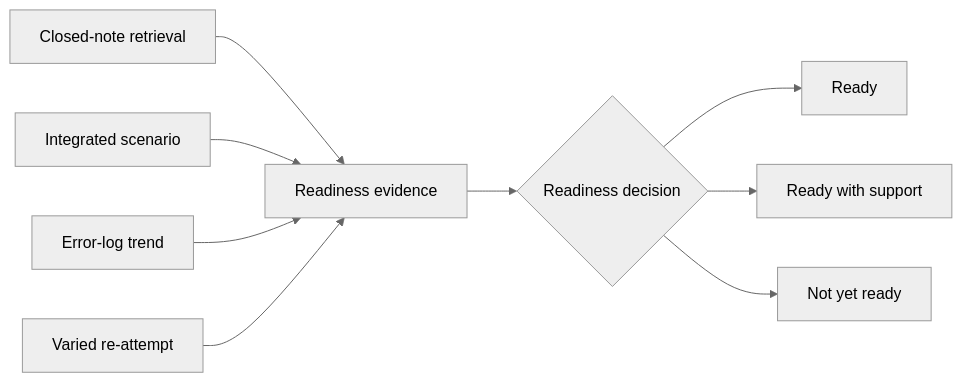
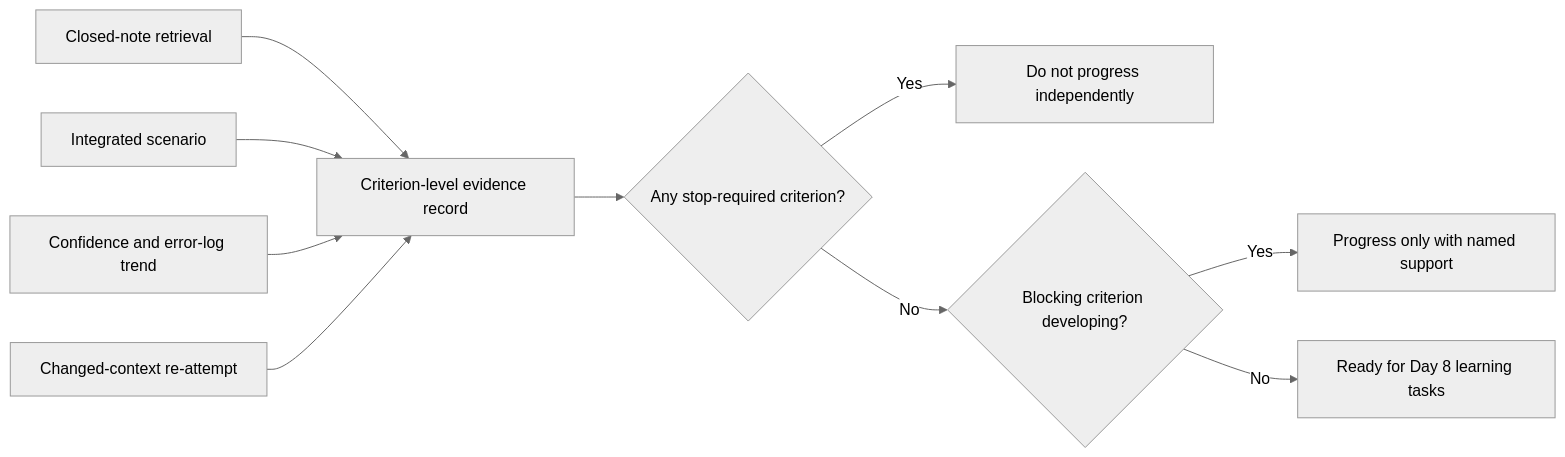
One commit to andrew3stedall/capstone changed the second of 2 diagrams in docs/learning-plans/12-week/modules/day-07-week-1-consolidation-and-individual-remediation-plan.md. Above: the diagram before and after it, drawn with Mermaid (neutral theme). The commit also changed other lines of this file, not shown here.

Commit message:
Improve Day 7 consolidation and remediation quality

````diff
--- a/docs/learning-plans/12-week/modules/day-07-week-1-consolidation-and-individual-remediation-plan.md
+++ b/docs/learning-plans/12-week/modules/day-07-week-1-consolidation-and-individual-remediation-plan.md
@@ -226,11 +230,12 @@
 ```mermaid
 flowchart LR
-    A["Closed-note retrieval"] --> E["Readiness evidence"]
+    A["Closed-note retrieval"] --> E["Criterion-level evidence record"]
     B["Integrated scenario"] --> E
-    C["Error-log trend"] --> E
-    D["Varied re-attempt"] --> E
-    E --> R{"Readiness decision"}
-    R --> R1["Ready"]
-    R --> R2["Ready with support"]
-    R --> R3["Not yet ready"]
+    C["Confidence and error-log trend"] --> E
+    D["Changed-context re-attempt"] --> E
+    E --> F{"Any stop-required criterion?"}
+    F -->|"Yes"| G["Do not progress independently"]
+    F -->|"No"| H{"Blocking criterion developing?"}
+    H -->|"Yes"| I["Progress only with named support"]
+    H -->|"No"| J["Ready for Day 8 learning tasks"]
 ```
````
